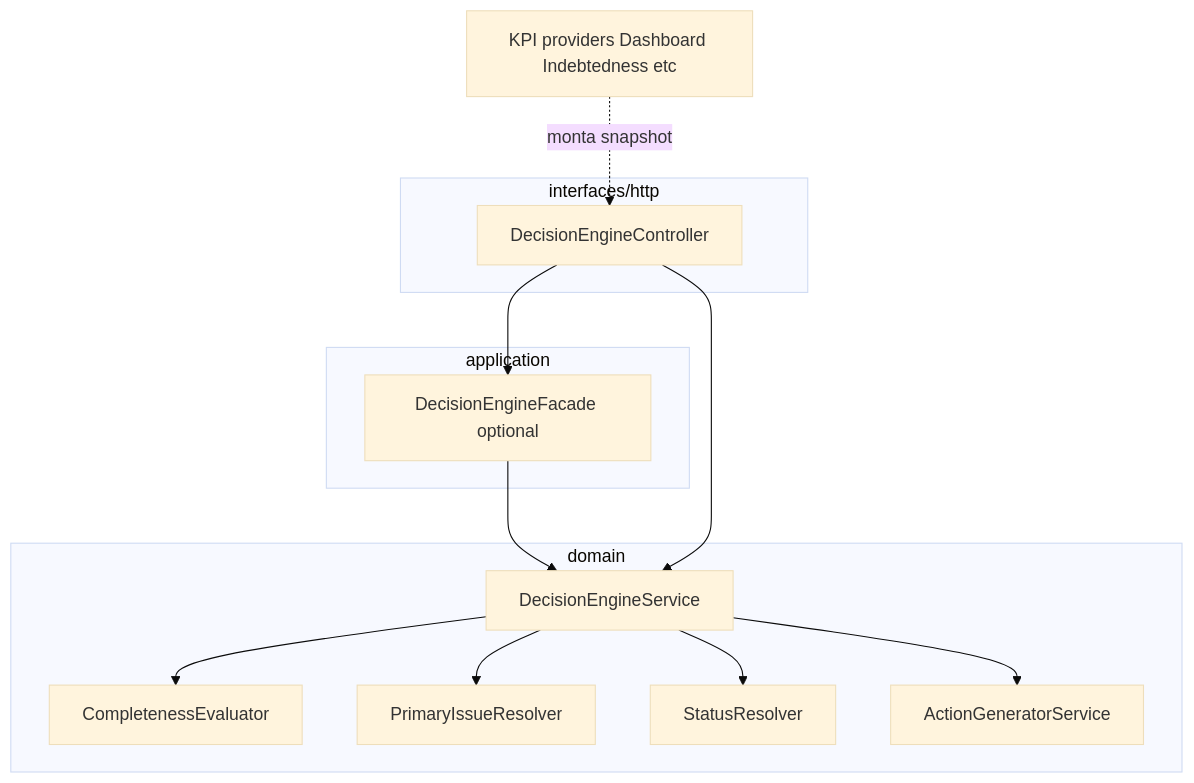
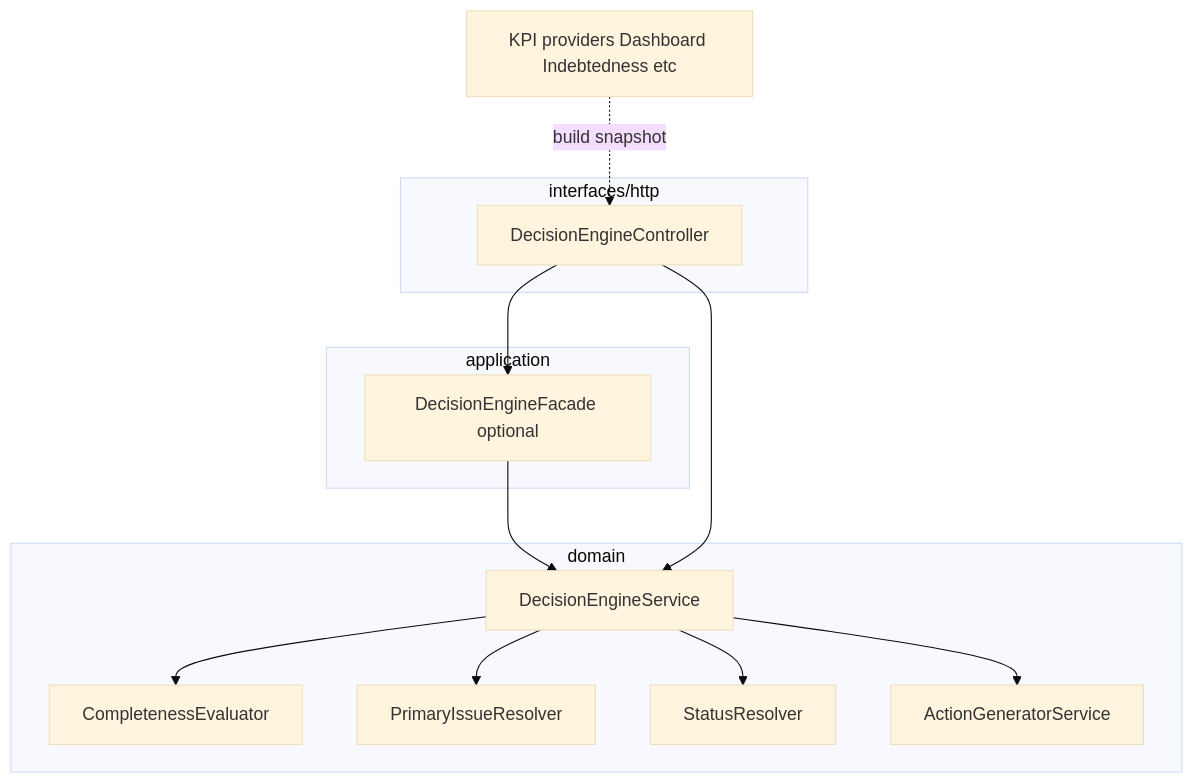
One commit to rafaeljfec2/air-finance-app changed the diagram in specs/001-financial-decision-engine/plan.md. Above: the diagram before and after it, drawn with Mermaid (base theme). The commit also changed other lines of this file and 30 other files, not shown here.

````diff
--- a/specs/001-financial-decision-engine/plan.md
+++ b/specs/001-financial-decision-engine/plan.md
@@ -58,25 +58,25 @@
 ```mermaid
 flowchart TB
   subgraph http [interfaces/http]
     C[DecisionEngineController]
   end
   subgraph app [application]
     F[DecisionEngineFacade optional]
   end
   subgraph domain [domain]
     DE[DecisionEngineService]
     CE[CompletenessEvaluator]
     PI[PrimaryIssueResolver]
     SR[StatusResolver]
     AG[ActionGeneratorService]
   end
   KPI[KPI providers Dashboard Indebtedness etc]
   C --> F
   F --> DE
   C --> DE
   DE --> CE
   DE --> PI
   DE --> SR
   DE --> AG
-  KPI -.->|monta snapshot| C
+  KPI -.->|build snapshot| C
 ```
````
